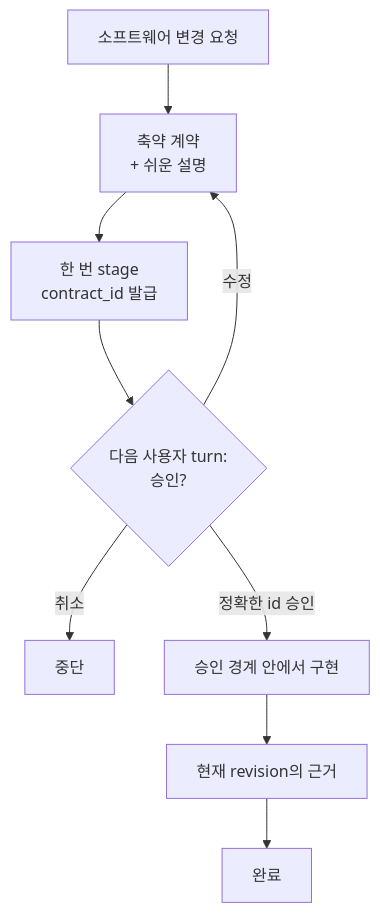
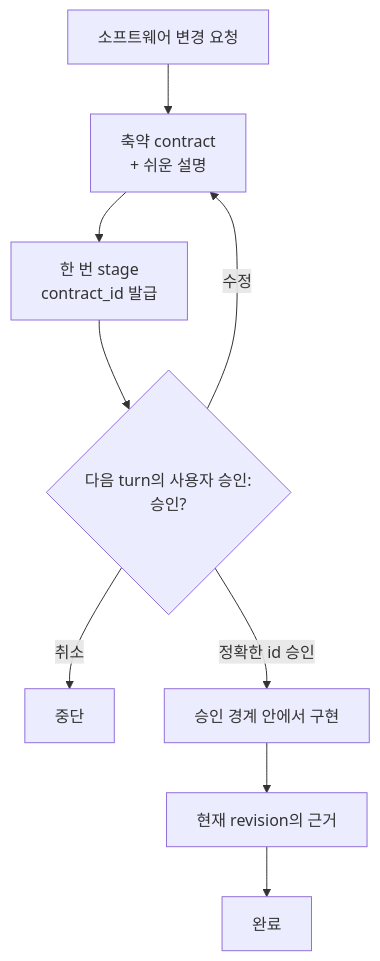
Before and after one commit to grapefruit0205/build-brief: the diagram in README.ko.md, drawn with Mermaid. The commit also changed other lines of this file, not shown here.

````diff
--- a/README.ko.md
+++ b/README.ko.md
@@ -100,11 +100,11 @@
 ```mermaid
 flowchart TB
-    A["소프트웨어 변경 요청"] --> B["축약 계약<br/>+ 쉬운 설명"]
+    A["소프트웨어 변경 요청"] --> B["축약 contract<br/>+ 쉬운 설명"]
     B --> C["한 번 stage<br/>contract_id 발급"]
-    C --> D{"다음 사용자 turn:<br/>승인?"}
+    C --> D{"다음 turn의 사용자 승인:<br/>승인?"}
     D -->|수정| B
     D -->|취소| X["중단"]
     D -->|정확한 id 승인| E["승인 경계 안에서 구현"]
     E --> F["현재 revision의 근거"]
     F --> G["완료"]
 ```
````
